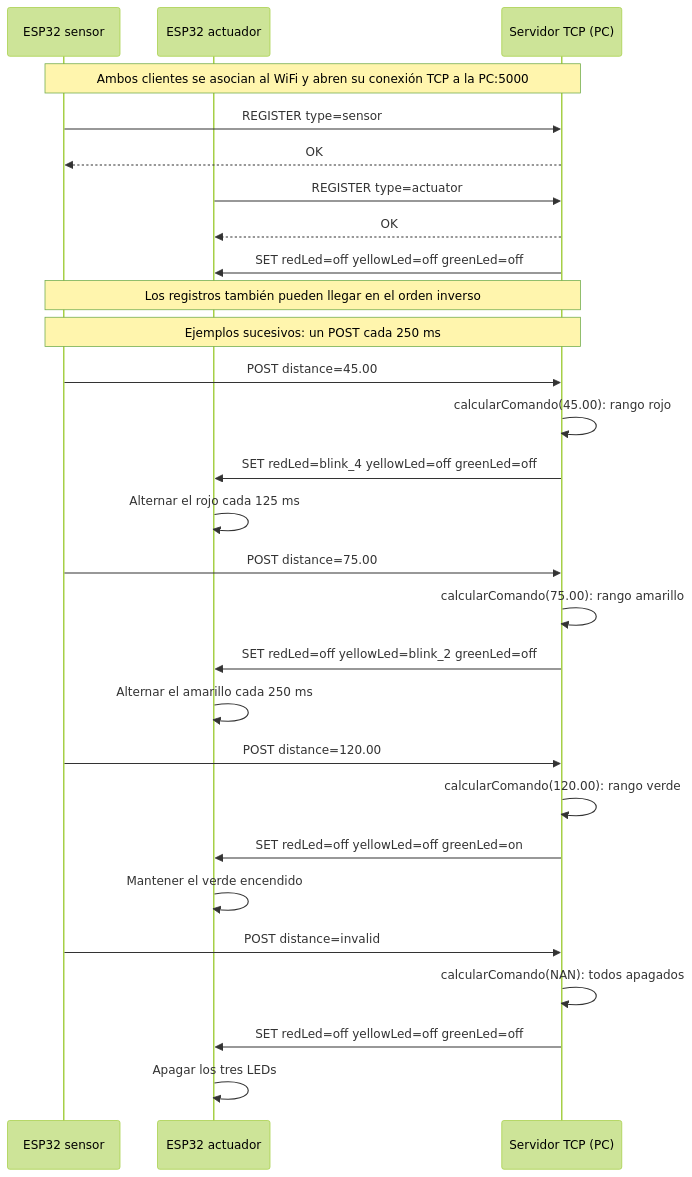
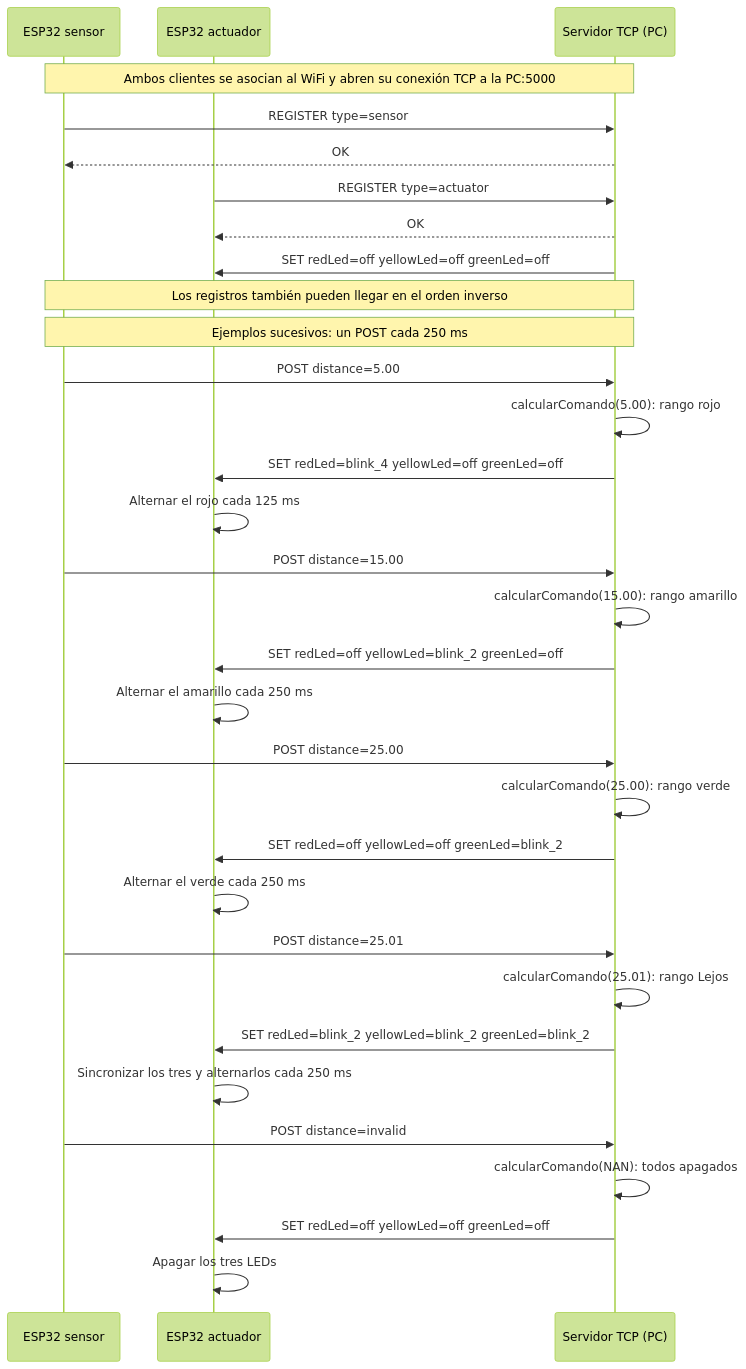
Before and after one commit to JustAdrianMercado/Integracion-de-Objetos-Inteligentes-con-TCP-IP: the third of 4 diagrams in docs/diagramas/Diseno_del_sistema.md, drawn with Mermaid (forest theme). The commit also changed other lines of this file and 21 other files, not shown here.

````diff
--- a/docs/diagramas/Diseno_del_sistema.md
+++ b/docs/diagramas/Diseno_del_sistema.md
@@ -246,35 +247,40 @@
 ```mermaid
 sequenceDiagram
     participant S as ESP32 sensor
     participant A as ESP32 actuador
     participant PC as Servidor TCP (PC)
 
     Note over S,PC: Ambos clientes se asocian al WiFi y abren su conexión TCP a la PC:5000
     S->>PC: REGISTER type=sensor
     PC-->>S: OK
     A->>PC: REGISTER type=actuator
     PC-->>A: OK
     PC->>A: SET redLed=off yellowLed=off greenLed=off
     Note over S,PC: Los registros también pueden llegar en el orden inverso
 
     Note over S,PC: Ejemplos sucesivos: un POST cada 250 ms
-    S->>PC: POST distance=45.00
-    PC->>PC: calcularComando(45.00): rango rojo
+    S->>PC: POST distance=5.00
+    PC->>PC: calcularComando(5.00): rango rojo
     PC->>A: SET redLed=blink_4 yellowLed=off greenLed=off
     A->>A: Alternar el rojo cada 125 ms
 
-    S->>PC: POST distance=75.00
-    PC->>PC: calcularComando(75.00): rango amarillo
+    S->>PC: POST distance=15.00
+    PC->>PC: calcularComando(15.00): rango amarillo
     PC->>A: SET redLed=off yellowLed=blink_2 greenLed=off
     A->>A: Alternar el amarillo cada 250 ms
 
-    S->>PC: POST distance=120.00
-    PC->>PC: calcularComando(120.00): rango verde
-    PC->>A: SET redLed=off yellowLed=off greenLed=on
-    A->>A: Mantener el verde encendido
+    S->>PC: POST distance=25.00
+    PC->>PC: calcularComando(25.00): rango verde
+    PC->>A: SET redLed=off yellowLed=off greenLed=blink_2
+    A->>A: Alternar el verde cada 250 ms
+
+    S->>PC: POST distance=25.01
+    PC->>PC: calcularComando(25.01): rango Lejos
+    PC->>A: SET redLed=blink_2 yellowLed=blink_2 greenLed=blink_2
+    A->>A: Sincronizar los tres y alternarlos cada 250 ms
 
     S->>PC: POST distance=invalid
     PC->>PC: calcularComando(NAN): todos apagados
     PC->>A: SET redLed=off yellowLed=off greenLed=off
     A->>A: Apagar los tres LEDs
 ```
````
